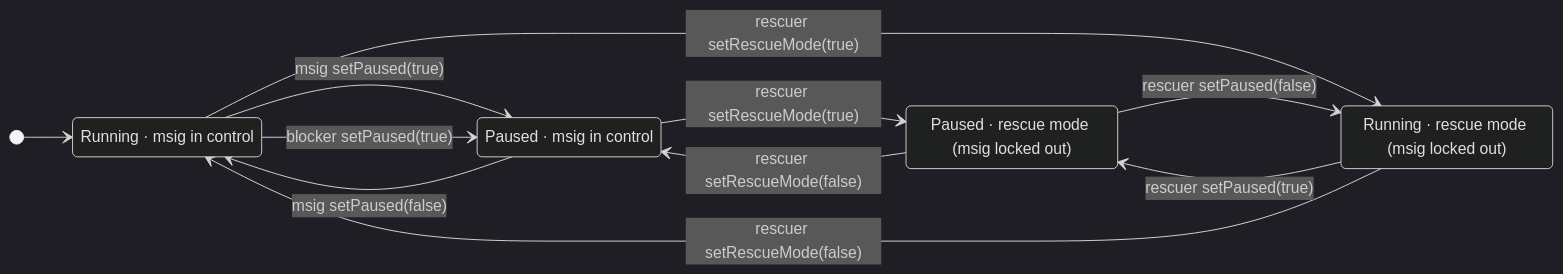
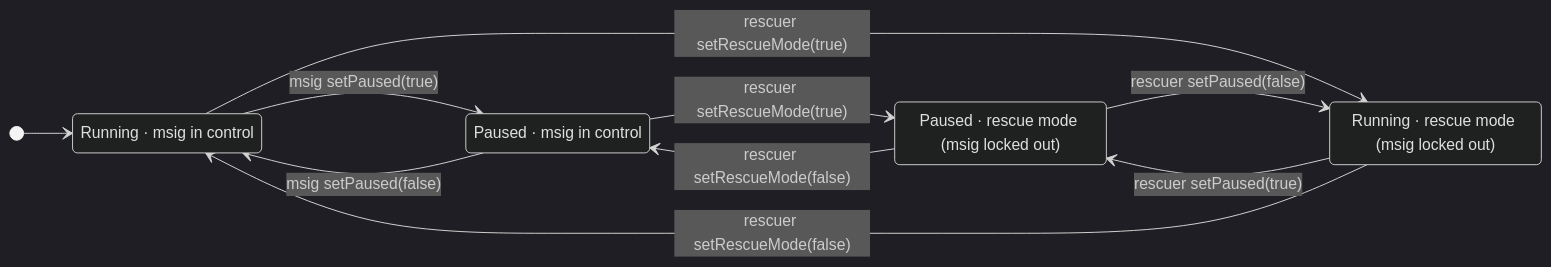
The diagram in protocol/contracts/templegold/docs/fpa-simplified-model.md (TempleDAO/temple), drawn with Mermaid (dark theme) before and after one commit. The commit also changed other lines of this file and 9 other files, not shown here.

````diff
--- a/protocol/contracts/templegold/docs/fpa-simplified-model.md
+++ b/protocol/contracts/templegold/docs/fpa-simplified-model.md
@@ -148,22 +145,21 @@
 ```mermaid
 stateDiagram-v2
     direction LR
     state "Running · msig in control" as RunMsig
     state "Paused · msig in control" as PauseMsig
     state "Running · rescue mode (msig locked out)" as RunRescue
     state "Paused · rescue mode (msig locked out)" as PauseRescue
 
     [*] --> RunMsig
     RunMsig --> PauseMsig: msig setPaused(true)
-    RunMsig --> PauseMsig: blocker setPaused(true)
     PauseMsig --> RunMsig: msig setPaused(false)
 
     RunMsig --> RunRescue: rescuer setRescueMode(true)
     PauseMsig --> PauseRescue: rescuer setRescueMode(true)
 
     RunRescue --> PauseRescue: rescuer setPaused(true)
     PauseRescue --> RunRescue: rescuer setPaused(false)
 
     RunRescue --> RunMsig: rescuer setRescueMode(false)
     PauseRescue --> PauseMsig: rescuer setRescueMode(false)
 ```
````
